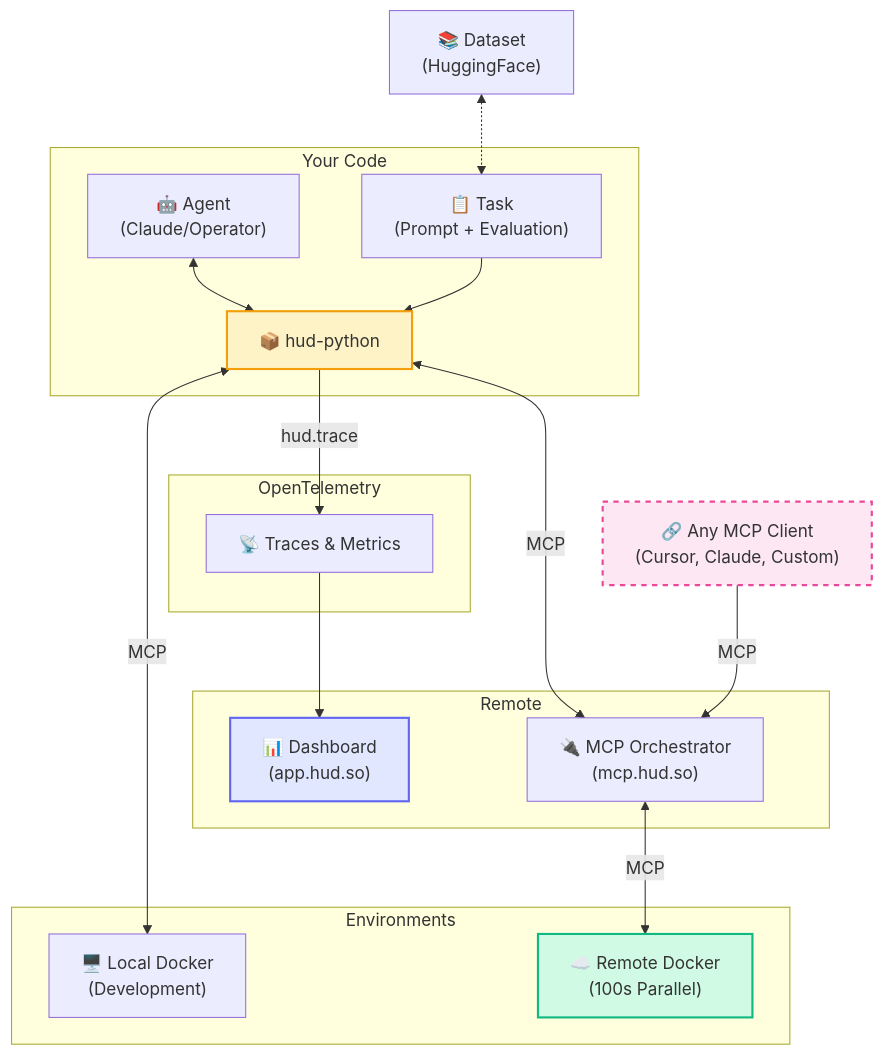
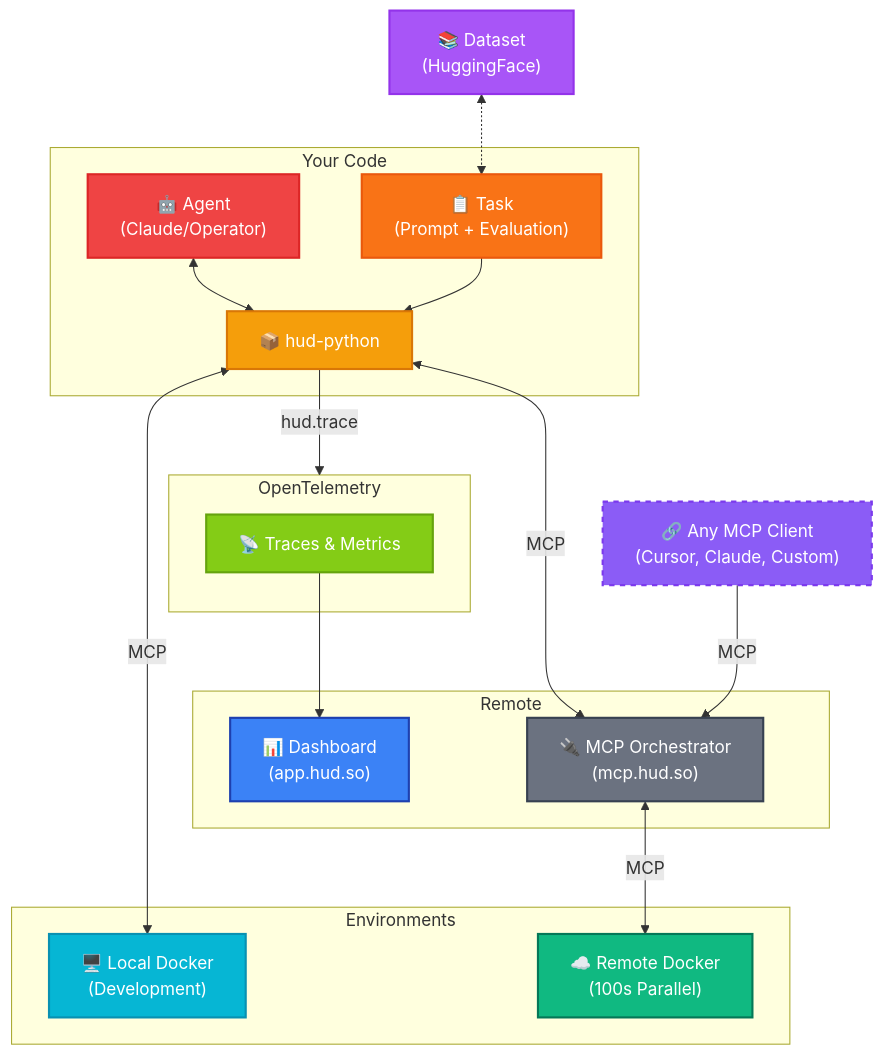
One commit to shfunc/hud-python changed the diagram in docs/core-concepts/architecture.mdx. Above: the diagram before and after it, drawn with Mermaid. The commit also changed 2 other files, not shown here.

Commit message:
core concepts changes

````diff
--- a/docs/core-concepts/architecture.mdx
+++ b/docs/core-concepts/architecture.mdx
@@ -11,41 +11,48 @@
 ```mermaid
 graph TB
     subgraph "Remote"
         Dashboard["📊 Dashboard<br/>(app.hud.so)"]
         API["🔌 MCP Orchestrator<br/>(mcp.hud.so)"]
     end
     
-    subgraph "Your Code"
+    subgraph Code["Your Code"]
         Agent["🤖 Agent<br/>(Claude/Operator)"]
         Task["📋 Task<br/>(Prompt + Evaluation)"]
         SDK["📦 hud-python"]
     end
     
     subgraph "Environments"
         LocalEnv["🖥️ Local Docker<br/>(Development)"]
         RemoteEnv["☁️ Remote Docker<br/>(100s Parallel)"]
     end
     
     subgraph "OpenTelemetry"
         Trace["📡 Traces & Metrics"]
     end
     
     Dataset["📚 Dataset<br/>(HuggingFace)"]
     
     AnyMCP["🔗 Any MCP Client<br/>(Cursor, Claude, Custom)"]
     
     Agent <--> SDK
     Task --> SDK
     Dataset <-.-> Task
     SDK <-->|"MCP"| LocalEnv
     SDK <-->|"MCP"| API
     API  <-->|"MCP"| RemoteEnv
-    SDK  -->|"hud.trace"| Trace
+    SDK  -->|"hud.trace"| OpenTelemetry
     Trace --> Dashboard
     AnyMCP -->|"MCP"| API
     
-    style Dashboard fill:#e0e7ff,stroke:#6366f1,stroke-width:2px
-    style SDK fill:#fef3c7,stroke:#f59e0b,stroke-width:2px
-    style RemoteEnv fill:#d1fae5,stroke:#10b981,stroke-width:2px
-    style AnyMCP fill:#fce7f3,stroke:#ec4899,stroke-width:2px,stroke-dasharray: 5 5
+    style Dashboard fill:#3b82f6,stroke:#1e40af,stroke-width:2px,color:#ffffff
+    style API fill:#6b7280,stroke:#374151,stroke-width:2px,color:#ffffff
+    style Agent fill:#ef4444,stroke:#dc2626,stroke-width:2px,color:#ffffff
+    style Task fill:#f97316,stroke:#ea580c,stroke-width:2px,color:#ffffff
+    style SDK fill:#f59e0b,stroke:#d97706,stroke-width:2px,color:#ffffff
+    style LocalEnv fill:#06b6d4,stroke:#0891b2,stroke-width:2px,color:#ffffff
+    style RemoteEnv fill:#10b981,stroke:#047857,stroke-width:2px,color:#ffffff
+    style Trace fill:#84cc16,stroke:#65a30d,stroke-width:2px,color:#ffffff
+    style Dataset fill:#a855f7,stroke:#9333ea,stroke-width:2px,color:#ffffff
+    style AnyMCP fill:#8b5cf6,stroke:#7c3aed,stroke-width:2px,color:#ffffff,stroke-dasharray: 5 5
+  
 ```
````
